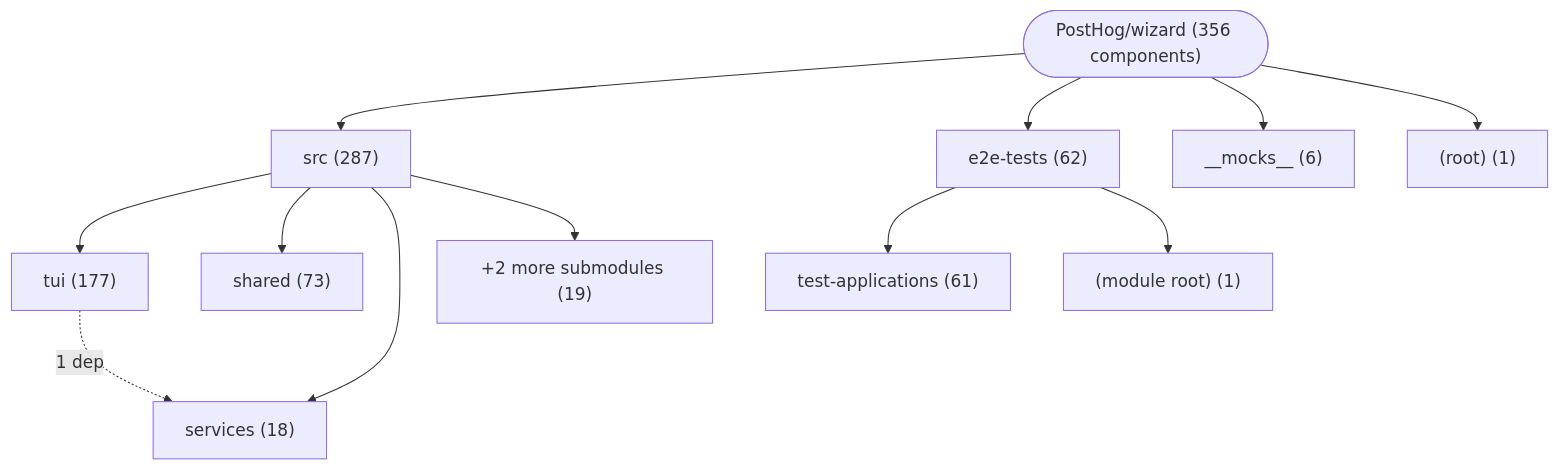
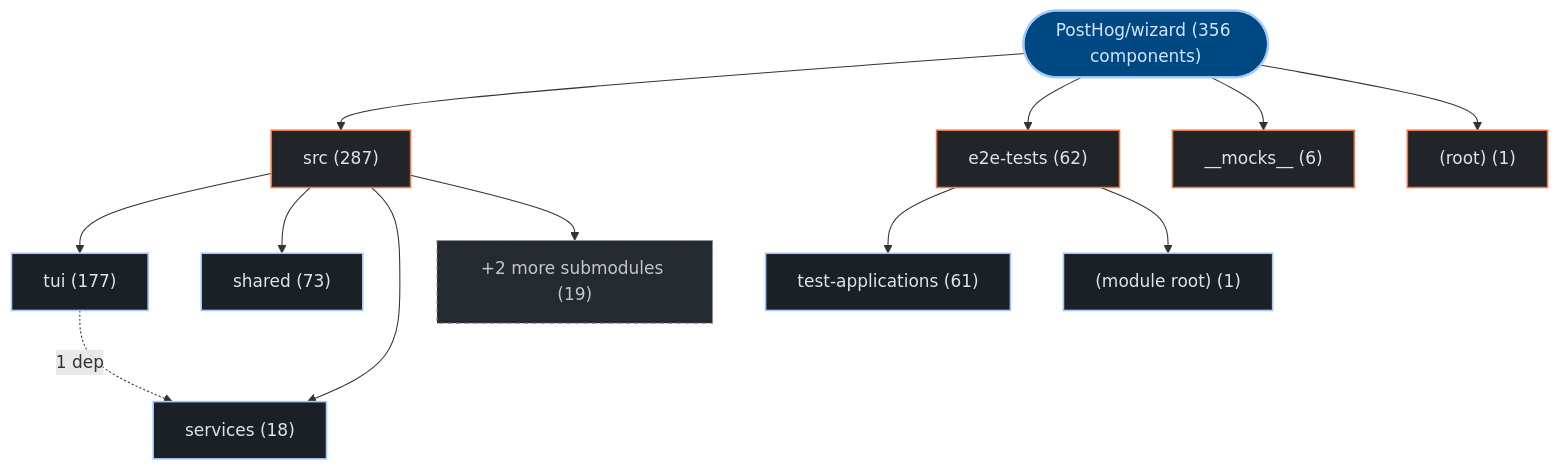
One commit to kumarshaz/atruss-code-atlas changed the first of 3 diagrams in exports/latest/reports/PostHog-wizard-report.md. Above: the diagram before and after it, drawn with Mermaid. The commit also changed other lines of this file and 331 other files, not shown here.

Commit message:
docs,ui,fix: update SDLC docs, reorder CI/CD DAG first, stylize Mermaid, and fix Arc42 pipeline topology

````diff
--- a/exports/latest/reports/PostHog-wizard-report.md
+++ b/exports/latest/reports/PostHog-wizard-report.md
@@ -42,25 +42,32 @@
 ```mermaid
 graph TD;
-    repo_root(["PostHog/wizard (356 components)"])
-    dir_0_src["src (287)"]
+  classDef atlasRoot fill:#004882,stroke:#a3c9ff,stroke-width:2px,color:#d3e4ff
+  classDef atlasCategory fill:#212428,stroke:#E87A48,stroke-width:1.5px,color:#dfe3eb
+  classDef atlasWorkflow fill:#1b2026,stroke:#a3c9ff,stroke-width:1.5px,color:#dfe3eb
+  classDef atlasJob fill:#171c22,stroke:#8d9199,stroke-width:1px,color:#dfe3eb
+  classDef atlasTarget fill:#005227,stroke:#8bd99b,stroke-width:1.5px,color:#a7f6b6
+  classDef atlasAlert fill:#93000a,stroke:#ffb4ab,stroke-width:1.5px,color:#ffdad6
+  classDef atlasMore fill:#252a31,stroke:#8d9199,stroke-dasharray:4 4,color:#c3c6cf
+    repo_root(["PostHog/wizard (356 components)"]):::atlasRoot
+    dir_0_src["src (287)"]:::atlasCategory
     repo_root --> dir_0_src
-    sub_0_0_tui["tui (177)"]
+    sub_0_0_tui["tui (177)"]:::atlasWorkflow
     dir_0_src --> sub_0_0_tui
-    sub_0_1_shared["shared (73)"]
+    sub_0_1_shared["shared (73)"]:::atlasWorkflow
     dir_0_src --> sub_0_1_shared
-    sub_0_2_services["services (18)"]
+    sub_0_2_services["services (18)"]:::atlasWorkflow
     dir_0_src --> sub_0_2_services
-    sub_0_more["+2 more submodules (19)"]
+    sub_0_more["+2 more submodules (19)"]:::atlasMore
     dir_0_src --> sub_0_more
-    dir_1_e2e_tests["e2e-tests (62)"]
+    dir_1_e2e_tests["e2e-tests (62)"]:::atlasCategory
     repo_root --> dir_1_e2e_tests
-    sub_1_0_test_applications["test-applications (61)"]
+    sub_1_0_test_applications["test-applications (61)"]:::atlasWorkflow
     dir_1_e2e_tests --> sub_1_0_test_applications
-    sub_1_1__module_root_["(module root) (1)"]
+    sub_1_1__module_root_["(module root) (1)"]:::atlasWorkflow
     dir_1_e2e_tests --> sub_1_1__module_root_
-    dir_2___mocks__["__mocks__ (6)"]
+    dir_2___mocks__["__mocks__ (6)"]:::atlasCategory
     repo_root --> dir_2___mocks__
-    dir_3__root_["(root) (1)"]
+    dir_3__root_["(root) (1)"]:::atlasCategory
     repo_root --> dir_3__root_
     sub_0_0_tui -.->|"1 dep"| sub_0_2_services
 ```
````
